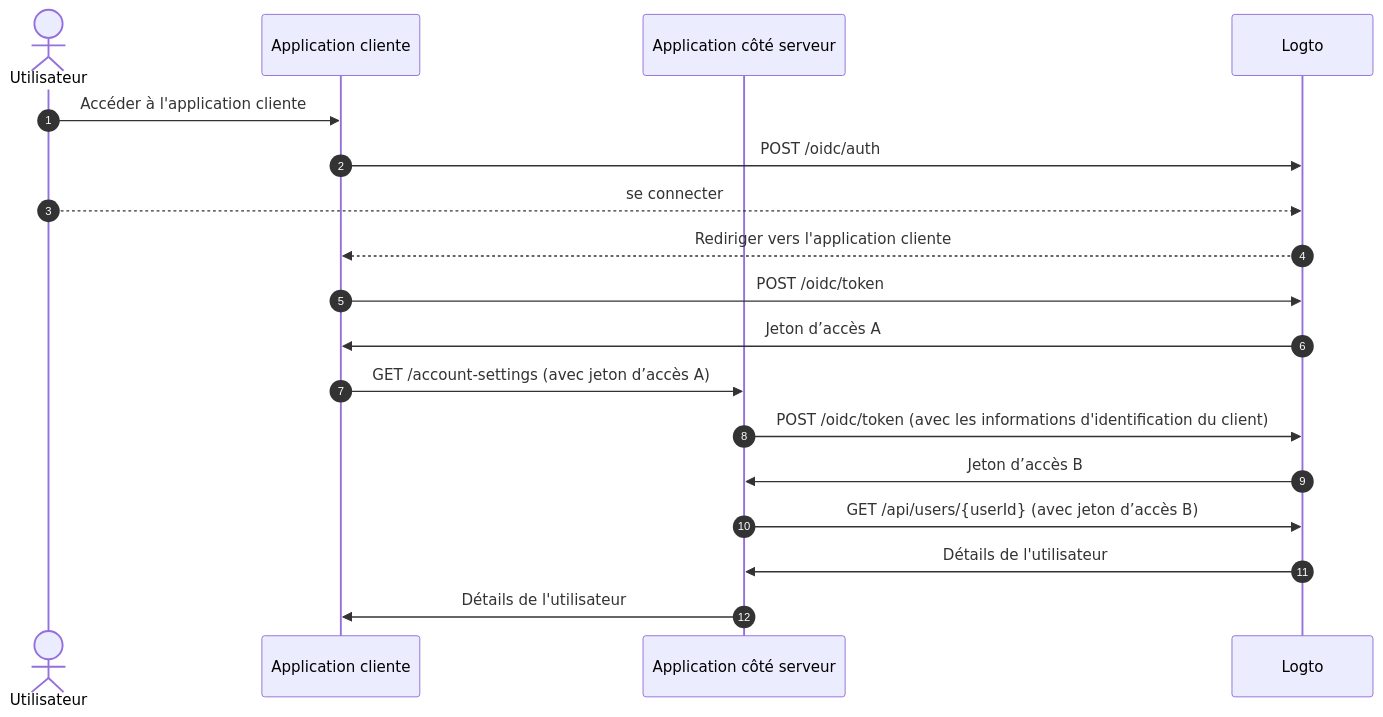
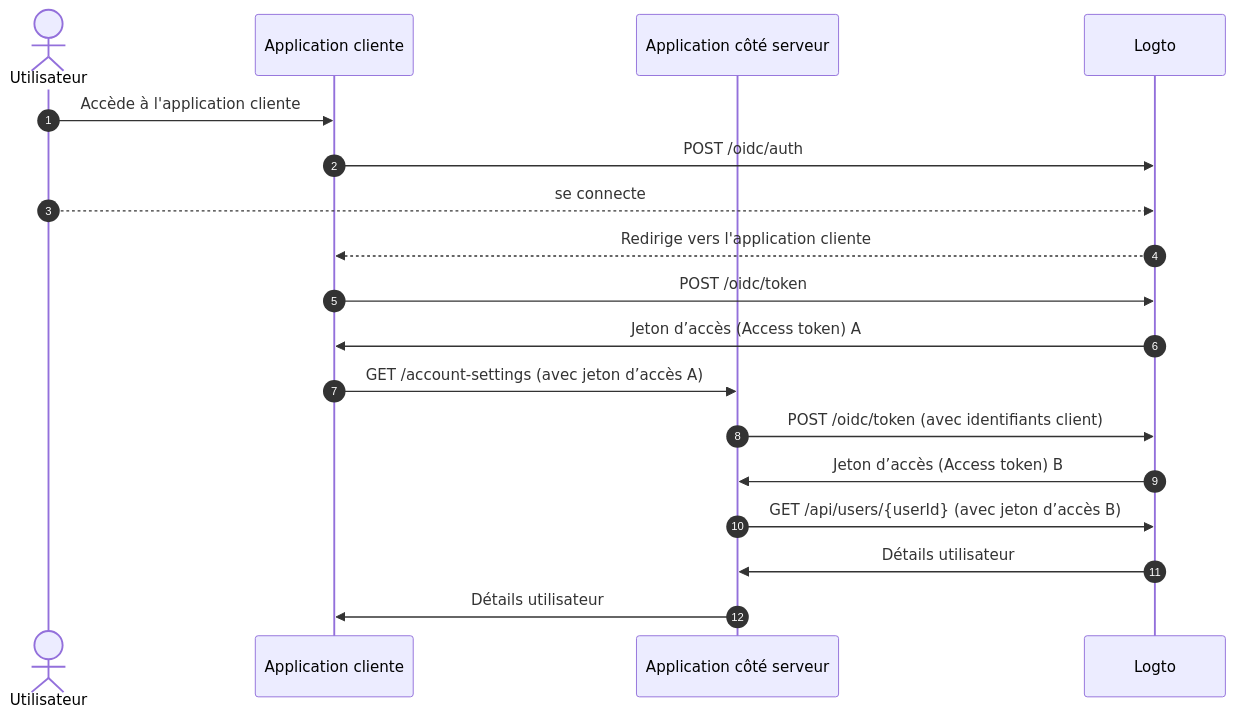
One commit to logto-io/docs changed the second of 3 diagrams in i18n/fr/docusaurus-plugin-content-docs/current/end-user-flows/account-settings/by-management-api.mdx. Above: the diagram before and after it, drawn with Mermaid. The commit also changed other lines of this file and 162 other files, not shown here.

````diff
--- a/i18n/fr/docusaurus-plugin-content-docs/current/end-user-flows/account-settings/by-management-api.mdx
+++ b/i18n/fr/docusaurus-plugin-content-docs/current/end-user-flows/account-settings/by-management-api.mdx
@@ -27,21 +27,21 @@
 ```mermaid
   sequenceDiagram
     autonumber
     actor User as Utilisateur
     participant Client as Application cliente
     participant Server as Application côté serveur
     participant Logto as Logto
 
-    User ->> Client: Accéder à l'application cliente
+    User ->> Client: Accède à l'application cliente
     Client ->> Logto: POST /oidc/auth
-    User -->> Logto: se connecter
-    Logto -->> Client: Rediriger vers l'application cliente
+    User -->> Logto: se connecte
+    Logto -->> Client: Redirige vers l'application cliente
     Client ->> Logto: POST /oidc/token
-    Logto ->> Client: Jeton d’accès A
+    Logto ->> Client: Jeton d’accès (Access token) A
     Client ->> Server: GET /account-settings (avec jeton d’accès A)
-    Server ->> Logto: POST /oidc/token (avec les informations d'identification du client)
-    Logto ->> Server: Jeton d’accès B
+    Server ->> Logto: POST /oidc/token (avec identifiants client)
+    Logto ->> Server: Jeton d’accès (Access token) B
     Server ->> Logto: GET /api/users/{userId} (avec jeton d’accès B)
-    Logto ->> Server: Détails de l'utilisateur
-    Server ->> Client: Détails de l'utilisateur
+    Logto ->> Server: Détails utilisateur
+    Server ->> Client: Détails utilisateur
 ```
````
